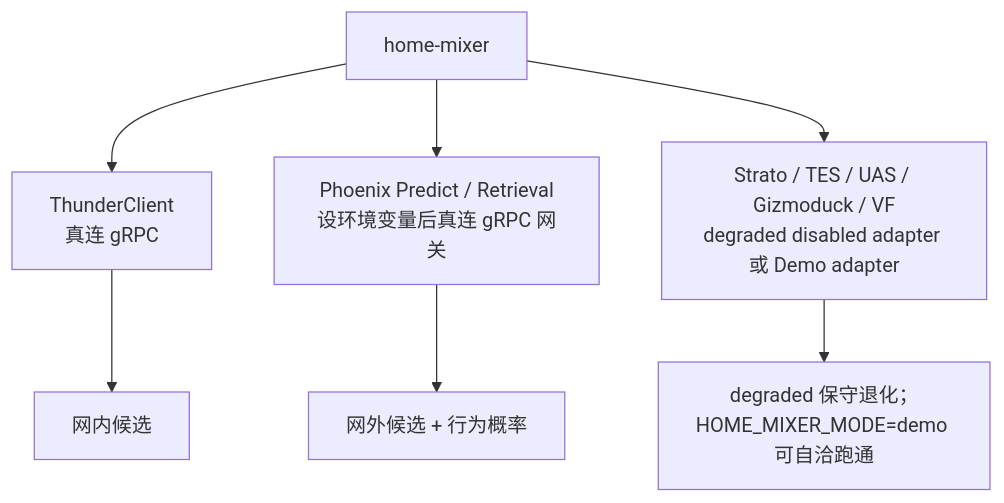
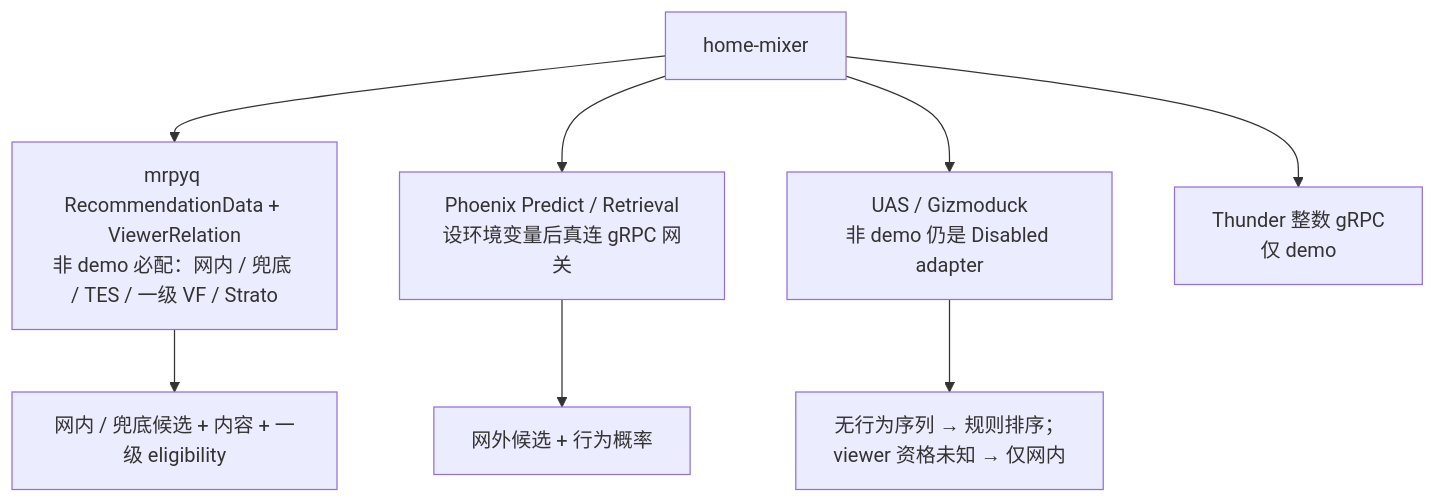
Before and after one commit to freefcw/x-algorithm: the third of 3 diagrams in docs/home-mixer/05-external-deps-and-contracts.md, drawn with Mermaid. The commit also changed other lines of this file and 21 other files, not shown here.

First line of the commit message:
docs: 同步 home-mixer 文档到主干现状（mrpyq 装配、U5 删除、fail-closed VF、ObjectId）

````diff
--- a/docs/home-mixer/05-external-deps-and-contracts.md
+++ b/docs/home-mixer/05-external-deps-and-contracts.md
@@ -177,9 +203,10 @@
 ```mermaid
 flowchart TD
-    A["home-mixer"] --> B["ThunderClient<br/>真连 gRPC"]
+    A["home-mixer"] --> M["mrpyq RecommendationData + ViewerRelation<br/>非 demo 必配：网内 / 兜底 / TES / 一级 VF / Strato"]
     A --> P["Phoenix Predict / Retrieval<br/>设环境变量后真连 gRPC 网关"]
-    A --> C["Strato / TES / UAS / Gizmoduck / VF<br/>degraded disabled adapter 或 Demo adapter"]
-    B --> D["网内候选"]
+    A --> C["UAS / Gizmoduck<br/>非 demo 仍是 Disabled adapter"]
+    A --> T["Thunder 整数 gRPC<br/>仅 demo"]
+    M --> D["网内 / 兜底候选 + 内容 + 一级 eligibility"]
     P --> E["网外候选 + 行为概率"]
-    C --> F["degraded 保守退化；<br/>HOME_MIXER_MODE=demo 可自洽跑通"]
+    C --> F["无行为序列 → 规则排序；<br/>viewer 资格未知 → 仅网内"]
 ```
````
